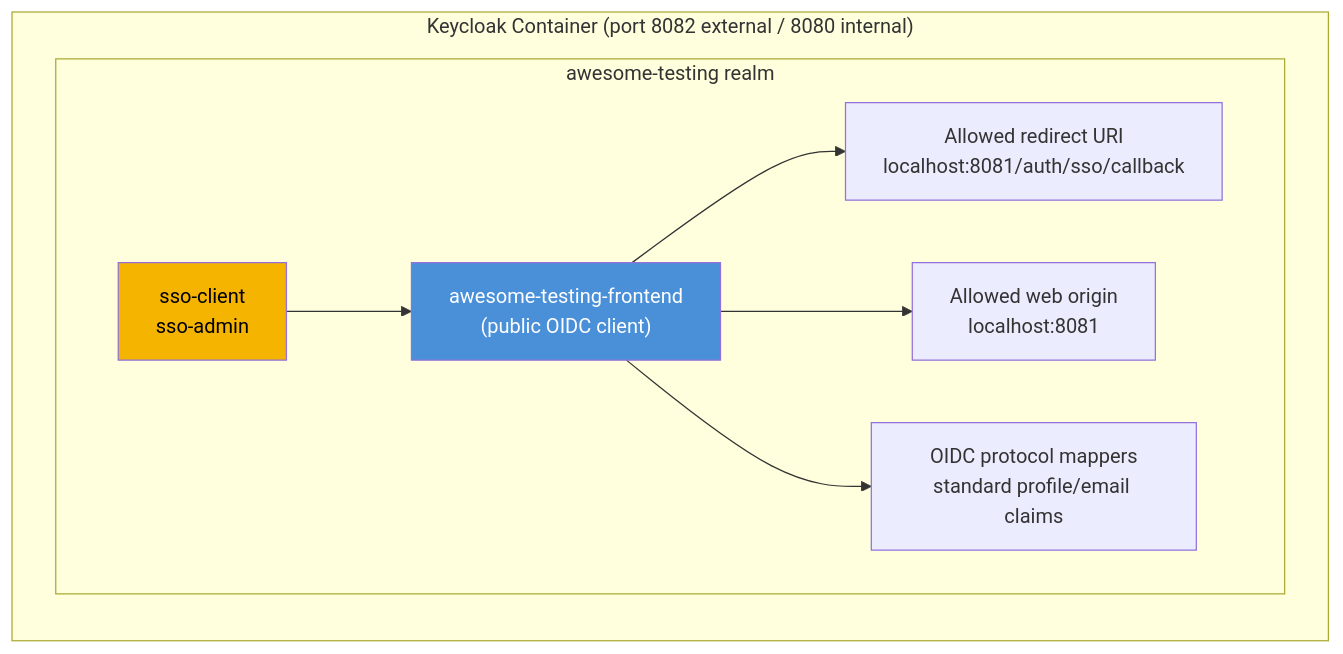
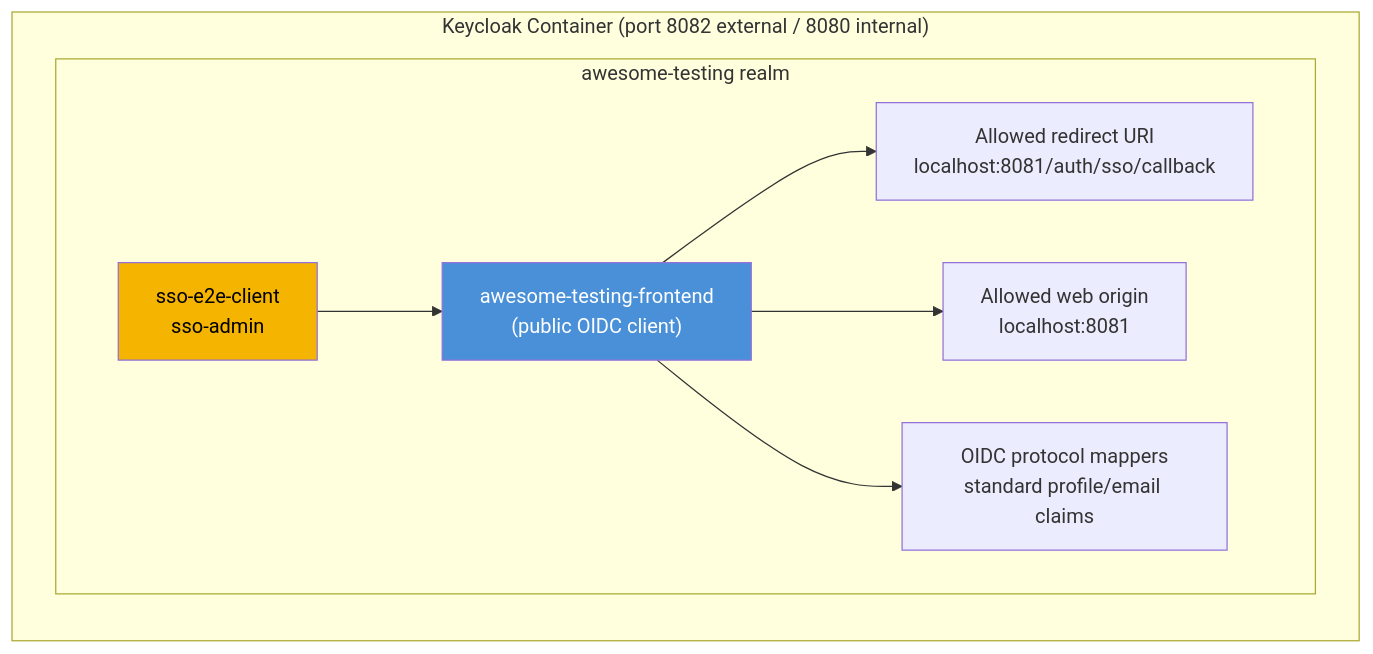
The second of 6 diagrams in docs/SSO_FLOW.md (slawekradzyminski/awesome-localstack), drawn with Mermaid before and after one commit. The commit also changed other lines of this file and 4 other files, not shown here.

````diff
--- a/docs/SSO_FLOW.md
+++ b/docs/SSO_FLOW.md
@@ -78,20 +78,20 @@
 ```mermaid
 graph LR
     subgraph "Keycloak Container (port 8082 external / 8080 internal)"
         subgraph "awesome-testing realm"
             CLIENT["awesome-testing-frontend<br/>(public OIDC client)"]
             REDIRECT["Allowed redirect URI<br/>localhost:8081/auth/sso/callback"]
             ORIGINS["Allowed web origin<br/>localhost:8081"]
-            SSO_USERS["sso-client<br/>sso-admin"]
+            SSO_USERS["sso-e2e-client<br/>sso-admin"]
             MAPPERS["OIDC protocol mappers<br/>standard profile/email claims"]
         end
     end
 
     CLIENT --> REDIRECT
     CLIENT --> ORIGINS
     CLIENT --> MAPPERS
     SSO_USERS --> CLIENT
 
     style CLIENT fill:#4A90D9,color:#fff
     style SSO_USERS fill:#F4B400,color:#000
 ```
````
